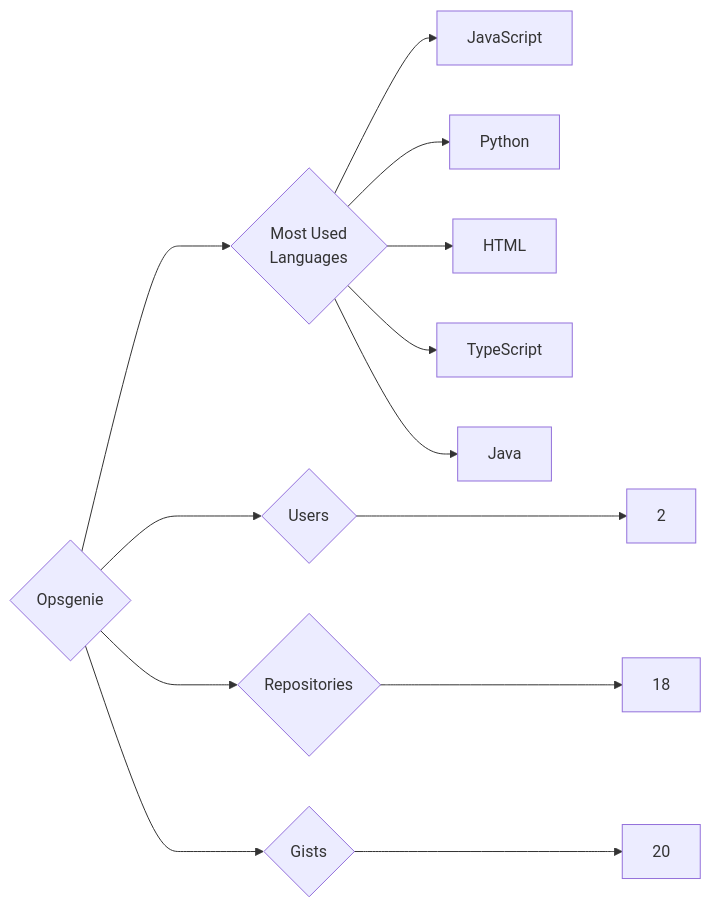
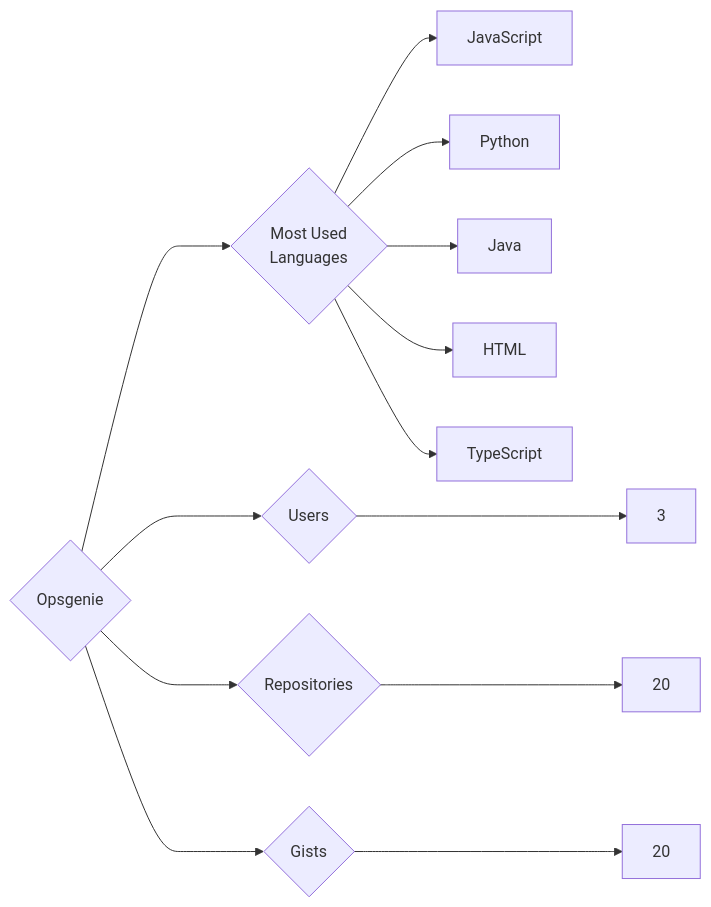
Before and after one commit to trickest/insiders: the diagram in targets/Opsgenie/README.md, drawn with Mermaid. The commit also changed 715 other files, not shown here.

````diff
--- a/targets/Opsgenie/README.md
+++ b/targets/Opsgenie/README.md
@@ -3,13 +3,13 @@
 ```mermaid
 graph LR
 COMPANY_NAME{Opsgenie}
-COMPANY_NAME ---> U{Users} ---> UN[2]
-COMPANY_NAME ---> R{Repositories} ---> RN[18]
+COMPANY_NAME ---> U{Users} ---> UN[3]
+COMPANY_NAME ---> R{Repositories} ---> RN[20]
 COMPANY_NAME ---> G{Gists} ---> GN[20]
 COMPANY_NAME ---> ML{Most Used<br>Languages}
 ML --> JavaScript[JavaScript]
 ML --> Python[Python]
+ML --> Java[Java]
 ML --> HTML[HTML]
 ML --> TypeScript[TypeScript]
-ML --> Java[Java]
 ```
````
